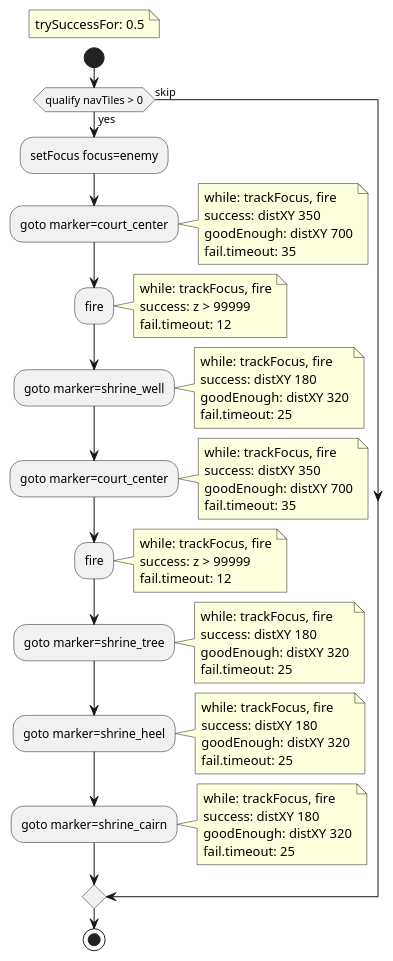
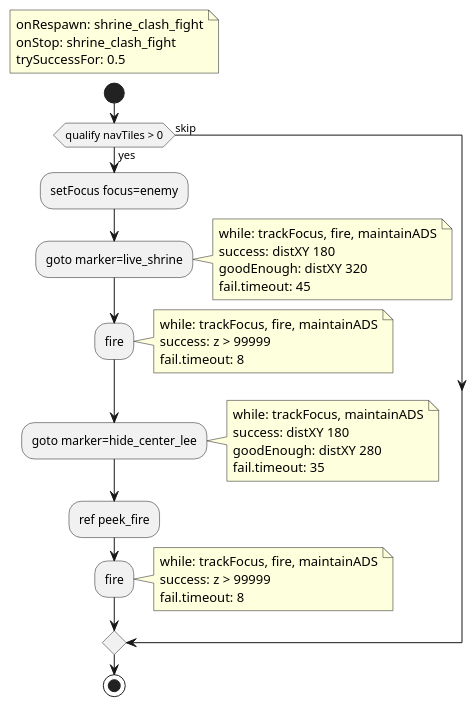
Before and after one commit to JacksIndulgentMind/Calling: the diagram in Config/BotBooks/shrine_clash_fight.puml, drawn with PlantUML. The commit also changed 24 other files, not shown here.

```diff
--- a/Config/BotBooks/shrine_clash_fight.puml
+++ b/Config/BotBooks/shrine_clash_fight.puml
@@ -1,65 +1,40 @@
 @startuml shrine_clash_fight
 floating note
+onRespawn: shrine_clash_fight
+onStop: shrine_clash_fight
 trySuccessFor: 0.5
 end note
 start
 if (qualify navTiles > 0) then (yes)
   :setFocus focus=enemy;
-	:goto marker=court_center;
-	note right
-		while: trackFocus, fire
-		success: distXY 350
-		goodEnough: distXY 700
-		fail.timeout: 35
-	end note
-	:fire;
-	note right
-		while: trackFocus, fire
-		success: z > 99999
-		fail.timeout: 12
-	end note
-	:goto marker=shrine_well;
+  :goto marker=live_shrine;
   note right
-    while: trackFocus, fire
+    while: trackFocus, fire, maintainADS
     success: distXY 180
     goodEnough: distXY 320
-    fail.timeout: 25
-  end note
-  :goto marker=court_center;
-  note right
-    while: trackFocus, fire
-    success: distXY 350
-    goodEnough: distXY 700
-    fail.timeout: 35
+    fail.timeout: 45
   end note
   :fire;
   note right
-    while: trackFocus, fire
+    while: trackFocus, fire, maintainADS
     success: z > 99999
-    fail.timeout: 12
+    fail.timeout: 8
   end note
-  :goto marker=shrine_tree;
+  :goto marker=hide_center_lee;
   note right
-    while: trackFocus, fire
+    while: trackFocus, maintainADS
     success: distXY 180
-    goodEnough: distXY 320
-    fail.timeout: 25
+    goodEnough: distXY 280
+    fail.timeout: 35
   end note
-  :goto marker=shrine_heel;
+  :ref peek_fire;
+  :fire;
   note right
-    while: trackFocus, fire
-    success: distXY 180
-    goodEnough: distXY 320
-    fail.timeout: 25
-  end note
-  :goto marker=shrine_cairn;
-  note right
-    while: trackFocus, fire
-    success: distXY 180
-    goodEnough: distXY 320
-    fail.timeout: 25
+    while: trackFocus, fire, maintainADS
+    success: z > 99999
+    fail.timeout: 8
   end note
 else (skip)
 endif
 stop
 @enduml
```
